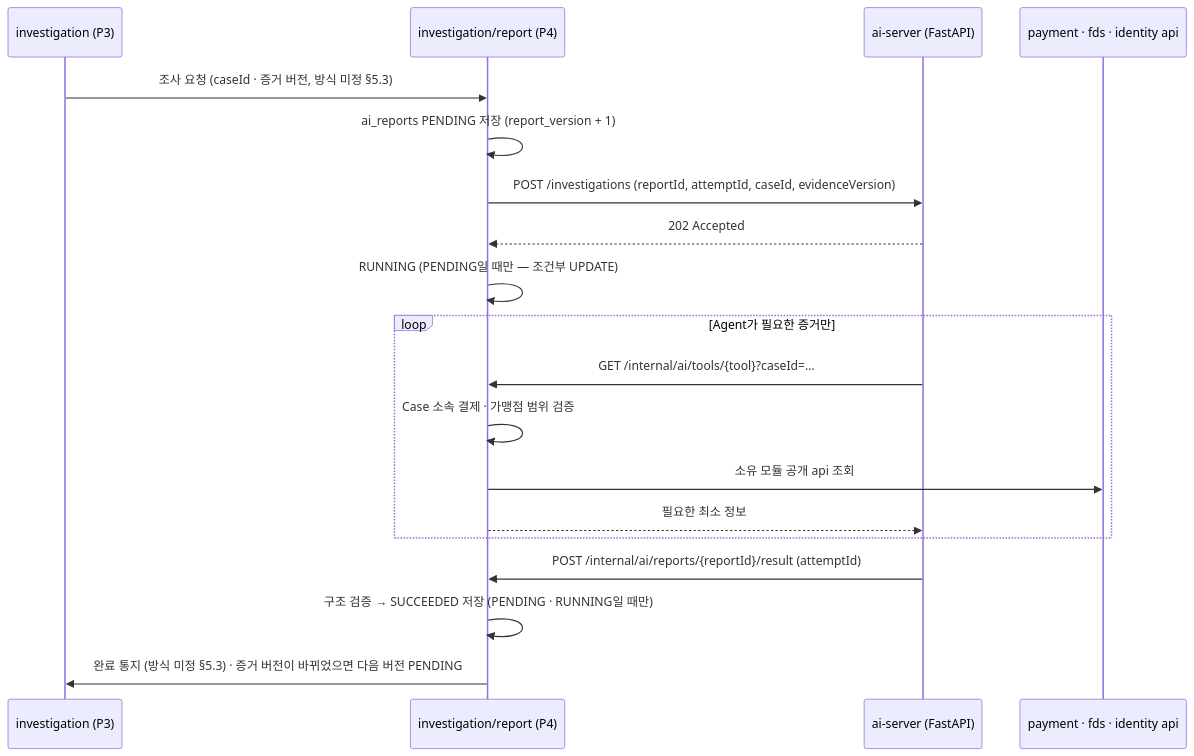
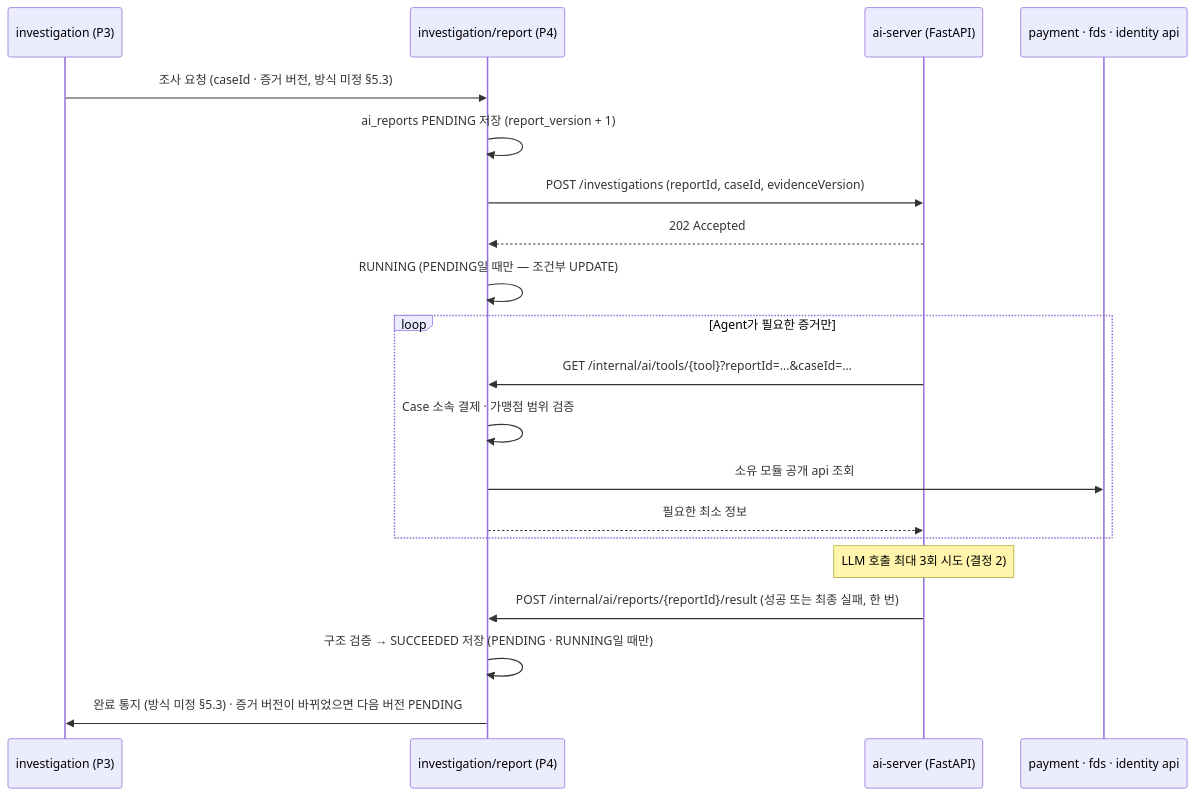
One commit to team-sweethan/DonWorry changed the diagram in docs/decisions/0009-ai-investigation-call-structure.md. Above: the diagram before and after it, drawn with Mermaid. The commit also changed other lines of this file, not shown here.

````diff
--- a/docs/decisions/0009-ai-investigation-call-structure.md
+++ b/docs/decisions/0009-ai-investigation-call-structure.md
@@ -25,22 +27,23 @@
 ```mermaid
 sequenceDiagram
     participant P3 as investigation (P3)
     participant R as investigation/report (P4)
     participant A as ai-server (FastAPI)
     participant O as payment · fds · identity api
 
     P3->>R: 조사 요청 (caseId · 증거 버전, 방식 미정 §5.3)
     R->>R: ai_reports PENDING 저장 (report_version + 1)
-    R->>A: POST /investigations (reportId, attemptId, caseId, evidenceVersion)
+    R->>A: POST /investigations (reportId, caseId, evidenceVersion)
     A-->>R: 202 Accepted
     R->>R: RUNNING (PENDING일 때만 — 조건부 UPDATE)
     loop Agent가 필요한 증거만
-        A->>R: GET /internal/ai/tools/{tool}?caseId=…
+        A->>R: GET /internal/ai/tools/{tool}?reportId=…&caseId=…
         R->>R: Case 소속 결제 · 가맹점 범위 검증
         R->>O: 소유 모듈 공개 api 조회
         R-->>A: 필요한 최소 정보
     end
-    A->>R: POST /internal/ai/reports/{reportId}/result (attemptId)
+    Note over A: LLM 호출 최대 3회 시도 (결정 2)
+    A->>R: POST /internal/ai/reports/{reportId}/result (성공 또는 최종 실패, 한 번)
     R->>R: 구조 검증 → SUCCEEDED 저장 (PENDING · RUNNING일 때만)
     R->>P3: 완료 통지 (방식 미정 §5.3) · 증거 버전이 바뀌었으면 다음 버전 PENDING
 ```
````
